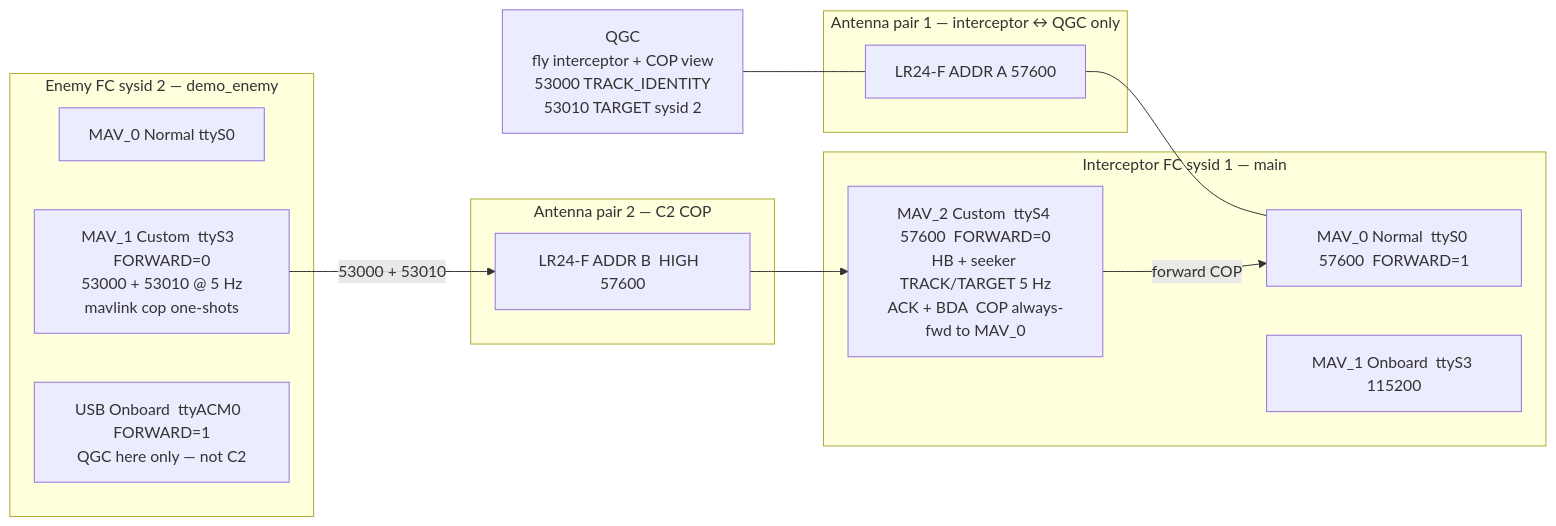
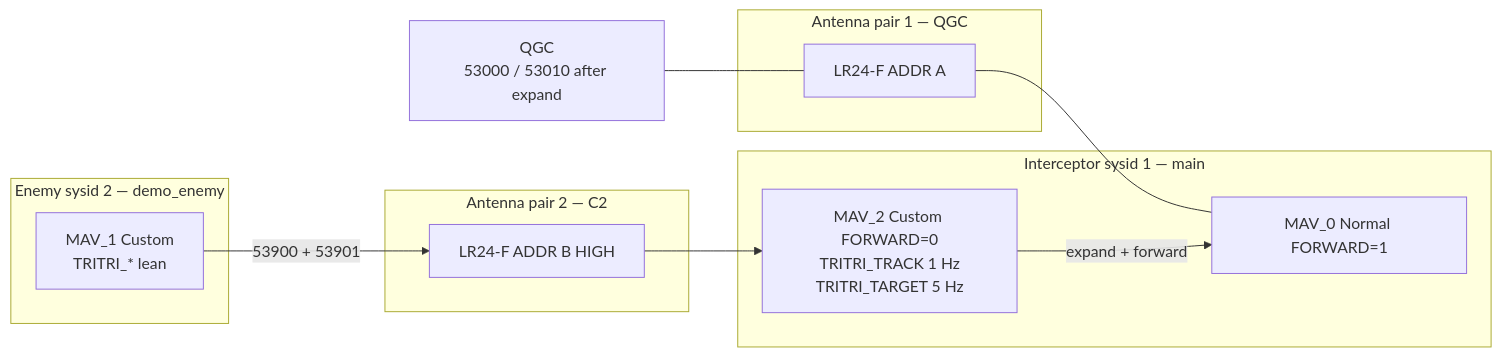
Before and after one commit to TheLukaDragar/PX4-Autopilot: the first of 2 diagrams in interceptor_mavlink_m_example.md, drawn with Mermaid. The commit also changed other lines of this file and 9 other files, not shown here.

First line of the commit message:
feat(mavlink): add tritri lean C2 TRITRI_TRACK/TARGET

````diff
--- a/interceptor_mavlink_m_example.md
+++ b/interceptor_mavlink_m_example.md
@@ -23,28 +25,25 @@
 ```mermaid
 flowchart LR
-  QGC["QGC<br/>fly interceptor + COP view<br/>53000 TRACK_IDENTITY<br/>53010 TARGET  sysid 2"]
+  QGC["QGC<br/>53000 / 53010 after expand"]
 
-  subgraph qgcPair["Antenna pair 1 — interceptor ↔ QGC only"]
-    RQ["LR24-F ADDR A  57600"]
+  subgraph qgcPair["Antenna pair 1 — QGC"]
+    RQ["LR24-F ADDR A"]
   end
 
-  subgraph icept["Interceptor FC  sysid 1  — main"]
-    I0["MAV_0 Normal  ttyS0 57600  FORWARD=1"]
-    I1["MAV_1 Onboard  ttyS3 115200"]
-    I2["MAV_2 Custom  ttyS4 57600  FORWARD=0<br/>HB + seeker TRACK/TARGET 5 Hz<br/>ACK + BDA  COP always-fwd to MAV_0"]
+  subgraph icept["Interceptor sysid 1 — main"]
+    I0["MAV_0 Normal FORWARD=1"]
+    I2["MAV_2 Custom FORWARD=0<br/>TRITRI_TRACK 1 Hz<br/>TRITRI_TARGET 5 Hz"]
   end
 
-  subgraph c2Pair["Antenna pair 2 — C2 COP"]
-    RC["LR24-F ADDR B  HIGH  57600"]
+  subgraph c2Pair["Antenna pair 2 — C2"]
+    RC["LR24-F ADDR B HIGH"]
   end
 
-  subgraph enemy["Enemy FC  sysid 2  — demo_enemy"]
-    E0["MAV_0 Normal  ttyS0"]
-    E1["MAV_1 Custom  ttyS3  FORWARD=0<br/>53000 + 53010 @ 5 Hz<br/>mavlink cop one-shots"]
-    EU["USB Onboard  ttyACM0  FORWARD=1<br/>QGC here only — not C2"]
+  subgraph enemy["Enemy sysid 2 — demo_enemy"]
+    E1["MAV_1 Custom<br/>TRITRI_* lean"]
   end
 
   QGC --- RQ --- I0
-  E1 -->|"53000 + 53010"| RC --> I2
-  I2 -->|"forward COP"| I0
+  E1 -->|"53900 + 53901"| RC --> I2
+  I2 -->|"expand + forward"| I0
 ```
````
